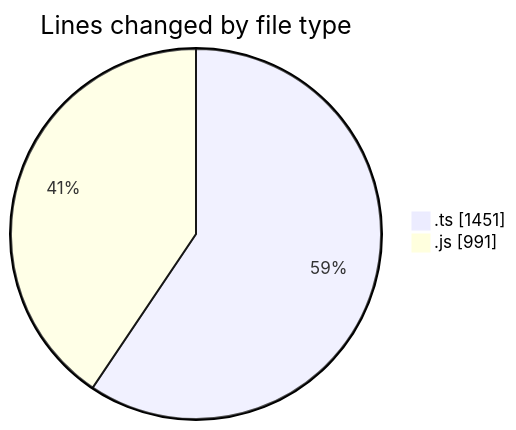
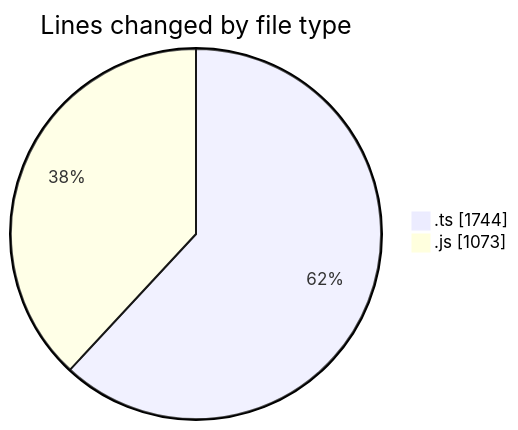
The first of 2 diagrams in 2026-04-15/ai_news_simple/README.md (tmsrecording-cyber/code-tracking), drawn with Mermaid before and after one commit. The commit also changed other lines of this file and 1 other file, not shown here.

````diff
--- a/2026-04-15/ai_news_simple/README.md
+++ b/2026-04-15/ai_news_simple/README.md
@@ -23,6 +25,6 @@
 ```mermaid
 pie showData
 title Lines changed by file type
-".ts" : 1451
-".js" : 991
+".ts" : 1744
+".js" : 1073
 ```
````
